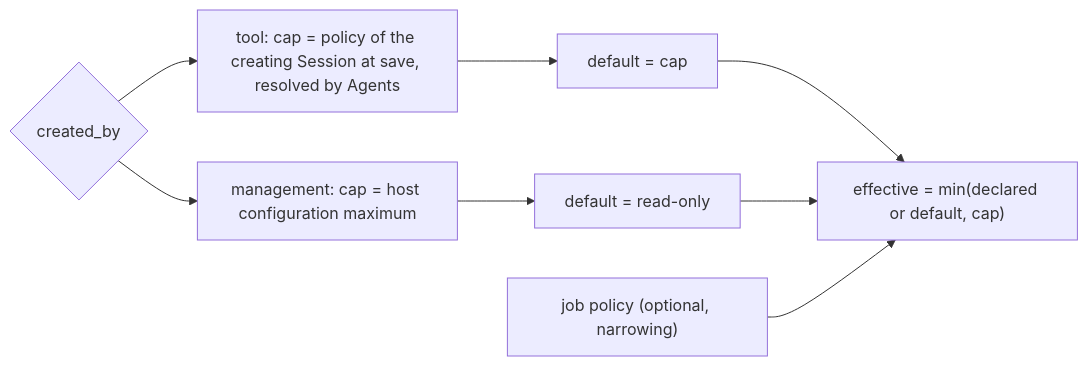
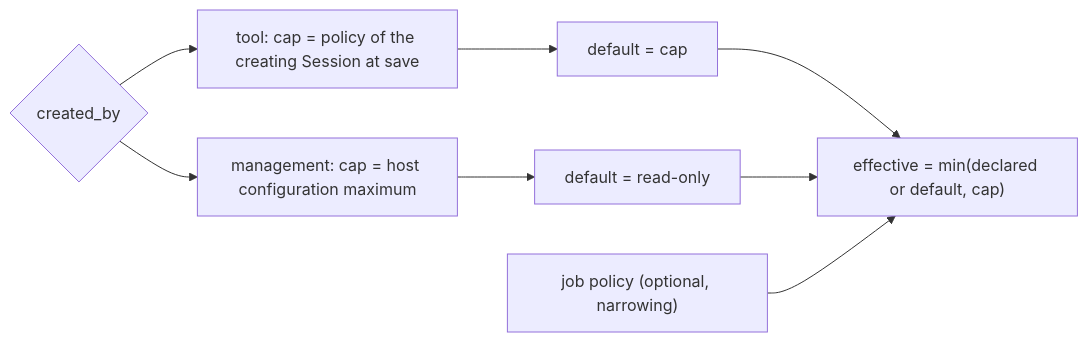
One commit to CoutinhoTTS/dim-agent changed the fifth of 6 diagrams in docs/design/plugins/Scheduler.md. Above: the diagram before and after it, drawn with Mermaid. The commit also changed other lines of this file and 3 other files, not shown here.

````diff
--- a/docs/design/plugins/Scheduler.md
+++ b/docs/design/plugins/Scheduler.md
@@ -140,13 +131,13 @@
 ```mermaid
 flowchart LR
   Created{"created_by"}
-  Tool["tool: cap = policy of the creating Session at save, resolved by Agents"]
+  Tool["tool: cap = policy of the creating Session at save"]
   User["management: cap = host configuration maximum"]
   Default1["default = cap"]
   Default2["default = read-only"]
   Declared["job policy (optional, narrowing)"]
   Eff["effective = min(declared or default, cap)"]
   Created --> Tool --> Default1 --> Eff
   Created --> User --> Default2 --> Eff
   Declared --> Eff
 ```
````
